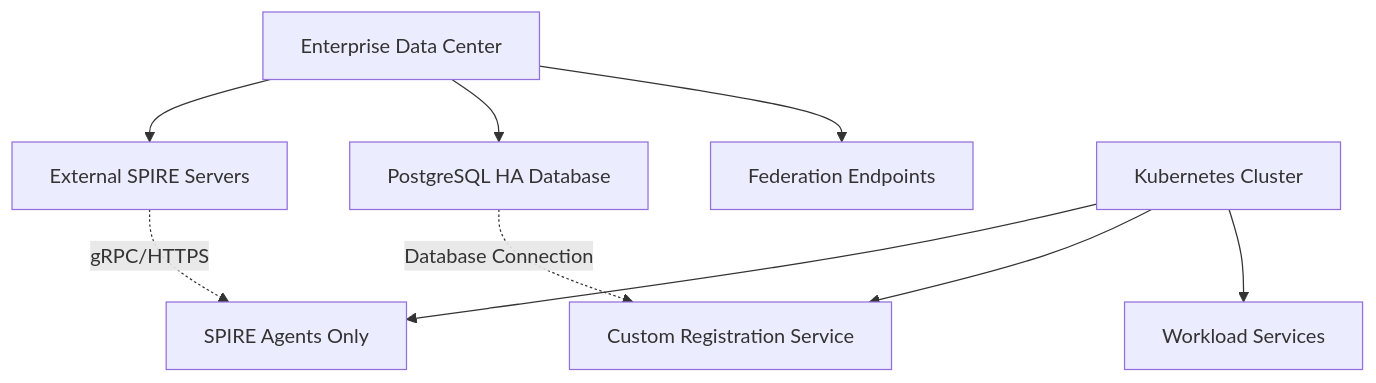
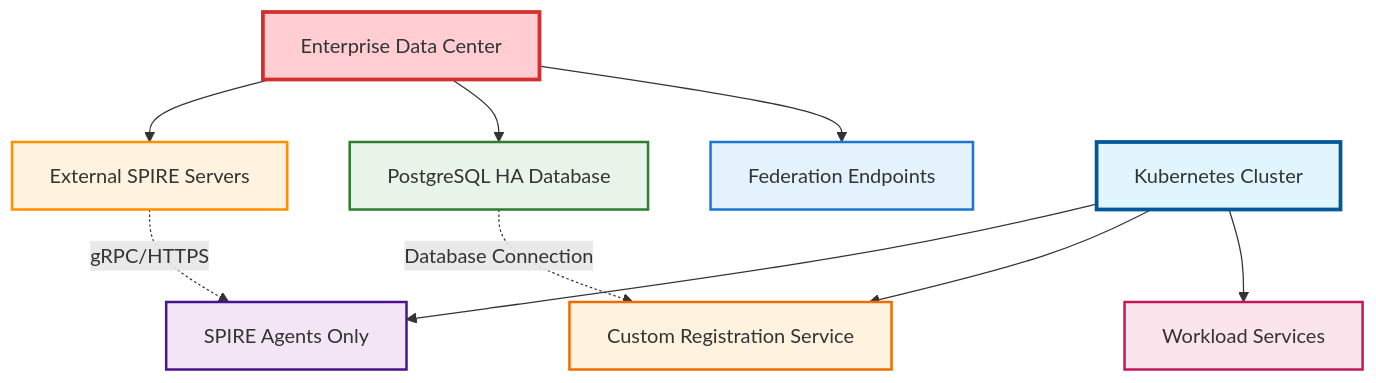
The diagram in docs-mkdocs/enterprise/crd-requirements.md (jfiser247/spire-dev), drawn with Mermaid before and after one commit. The commit also changed 8 other files, not shown here.

First line of the commit message:
Standardize all diagram formats and fix border alignment issues

````diff
--- a/docs-mkdocs/enterprise/crd-requirements.md
+++ b/docs-mkdocs/enterprise/crd-requirements.md
@@ -215,13 +215,23 @@
 ```mermaid
 graph TD
     A[Enterprise Data Center] --> B[External SPIRE Servers]
     A --> C[PostgreSQL HA Database]
     A --> D[Federation Endpoints]
     
     E[Kubernetes Cluster] --> F[SPIRE Agents Only]
     E --> G[Custom Registration Service]
     E --> H[Workload Services]
     
     B -.->|gRPC/HTTPS| F
     C -.->|Database Connection| G
+    
+    %% Consistent styling
+    style A fill:#ffcdd2,stroke:#d32f2f,stroke-width:3px
+    style B fill:#fff3e0,stroke:#ff8f00,stroke-width:2px
+    style C fill:#e8f5e8,stroke:#2e7d32,stroke-width:2px
+    style D fill:#e3f2fd,stroke:#1976d2,stroke-width:2px
+    style E fill:#e1f5fe,stroke:#01579b,stroke-width:3px
+    style F fill:#f3e5f5,stroke:#4a148c,stroke-width:2px
+    style G fill:#fff3e0,stroke:#ef6c00,stroke-width:2px
+    style H fill:#fce4ec,stroke:#c2185b,stroke-width:2px
 ```
````
